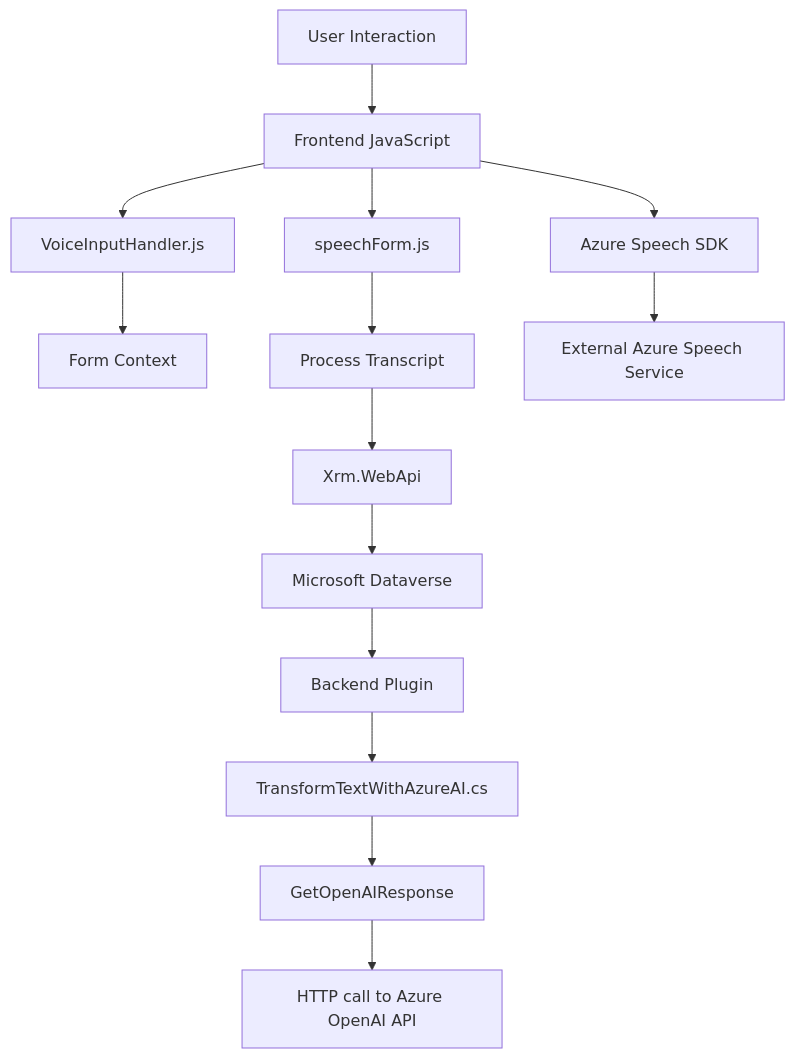
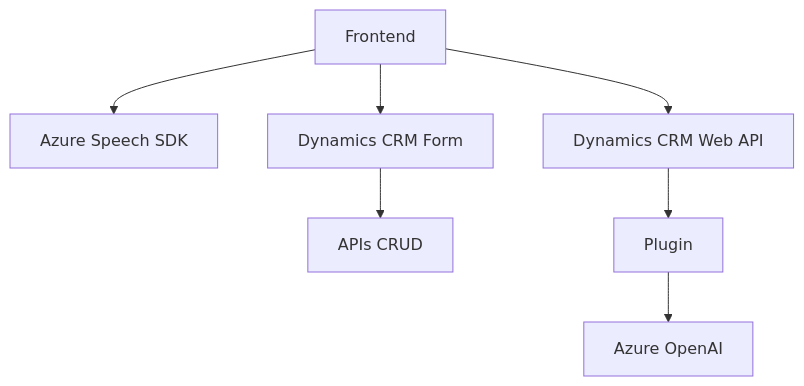
The diagram in README.md (blopezdm/NETCORE_BILBAO2025), drawn with Mermaid before and after one commit. The commit also changed other lines of this file, not shown here.

````diff
--- a/README.md
+++ b/README.md
@@ -60,16 +32,9 @@
 ```mermaid
 graph TD
-    A["User Interaction"] --> B["Frontend JavaScript"]
-    B --> C["VoiceInputHandler.js"]
-    B --> D["speechForm.js"]
-    B --> E["Azure Speech SDK"]
-    C --> F["Form Context"]
-    D --> G["Process Transcript"]
-    E --> H["External Azure Speech Service"]
-    G --> I["Xrm.WebApi"]
-    I --> J["Microsoft Dataverse"]
-    J --> K["Backend Plugin"]
-    K --> L["TransformTextWithAzureAI.cs"]
-    L --> M["GetOpenAIResponse"]
-    M --> N["HTTP call to Azure OpenAI API"]
+    A["Frontend"] --> B["Azure Speech SDK"]
+    A-->C["Dynamics CRM Form"]
+    C-->D["APIs CRUD"]
+    A-->E["Dynamics CRM Web API"]
+    E-->F["Plugin"]
+    F-->G["Azure OpenAI"]
 ```
````
